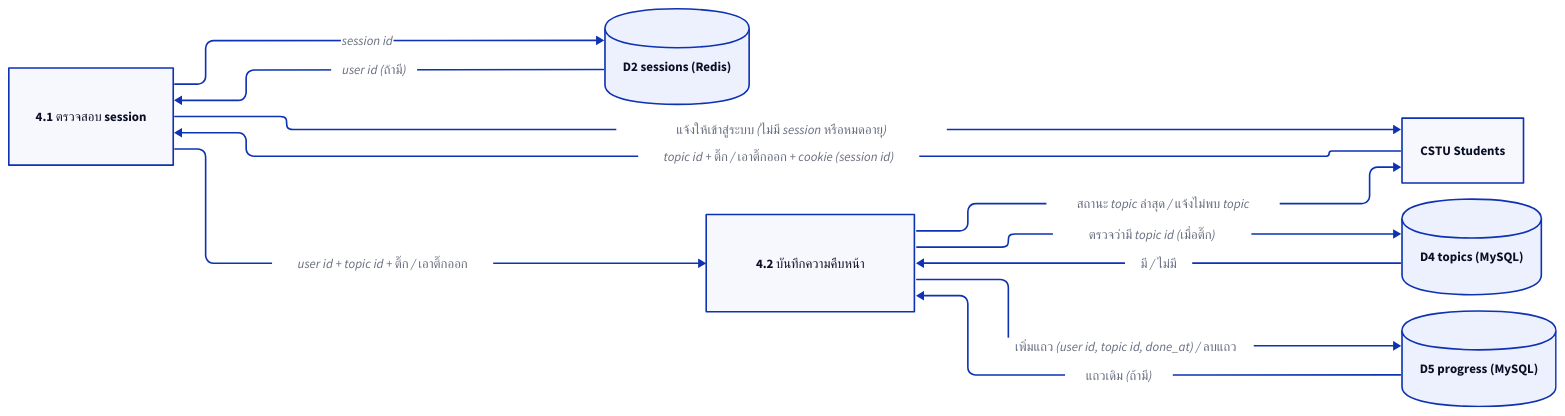
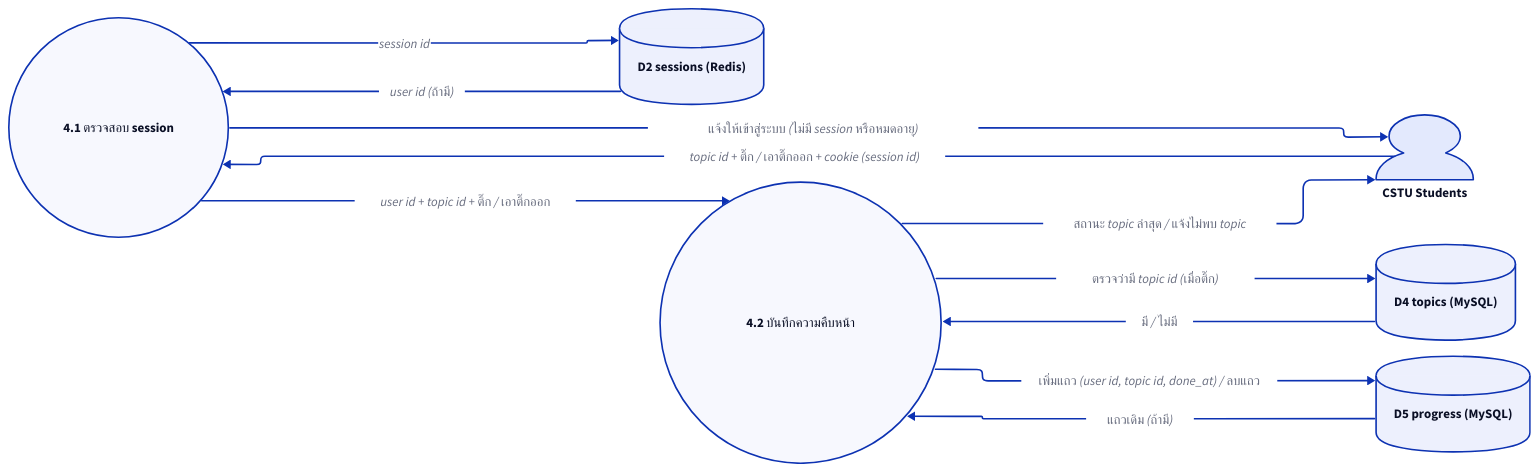
One commit to Saranwich/CS261 changed the diagram in docs/Diagrams/DFD/US4.d2. Above: the diagram before and after it, drawn with D2. The commit also changed 27 other files, not shown here.

Commit message:
fix(diagrams): use person/circle/cylinder shapes

```diff
--- a/docs/Diagrams/DFD/US4.d2
+++ b/docs/Diagrams/DFD/US4.d2
@@ -1,22 +1,24 @@
 vars: { d2-config: { layout-engine: elk } }
 direction: right
 cstu_student: CSTU Students
-cstu_student.shape: rectangle
+cstu_student.shape: person
 system4-1: 4.1 ตรวจสอบ session
+system4-1.shape: circle
 system4-2: 4.2 บันทึกความคืบหน้า
+system4-2.shape: circle
 sessions: D2 sessions (Redis)
 sessions.shape: cylinder
 topics: D4 topics (MySQL)
 topics.shape: cylinder
 progress: D5 progress (MySQL)
 progress.shape: cylinder
 cstu_student -> system4-1: topic id + ติ๊ก / เอาติ๊กออก + cookie (session id)
 system4-1 -> sessions: session id
 sessions -> system4-1: user id (ถ้ามี)
 system4-1 -> cstu_student: แจ้งให้เข้าสู่ระบบ (ไม่มี session หรือหมดอายุ)
 system4-1 -> system4-2: user id + topic id + ติ๊ก / เอาติ๊กออก
 system4-2 -> topics: ตรวจว่ามี topic id (เมื่อติ๊ก)
 topics -> system4-2: มี / ไม่มี
 system4-2 -> progress: เพิ่มแถว (user id, topic id, done_at) / ลบแถว
 progress -> system4-2: แถวเดิม (ถ้ามี)
 system4-2 -> cstu_student: สถานะ topic ล่าสุด / แจ้งไม่พบ topic
```
